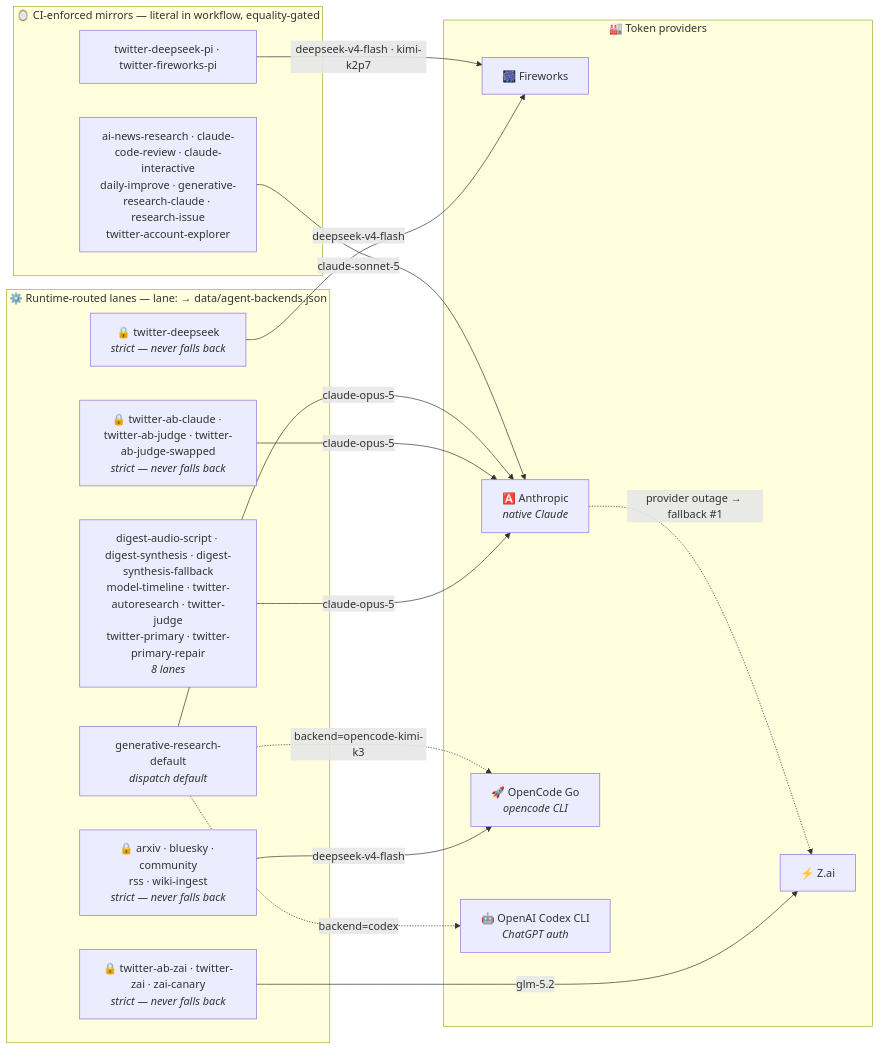
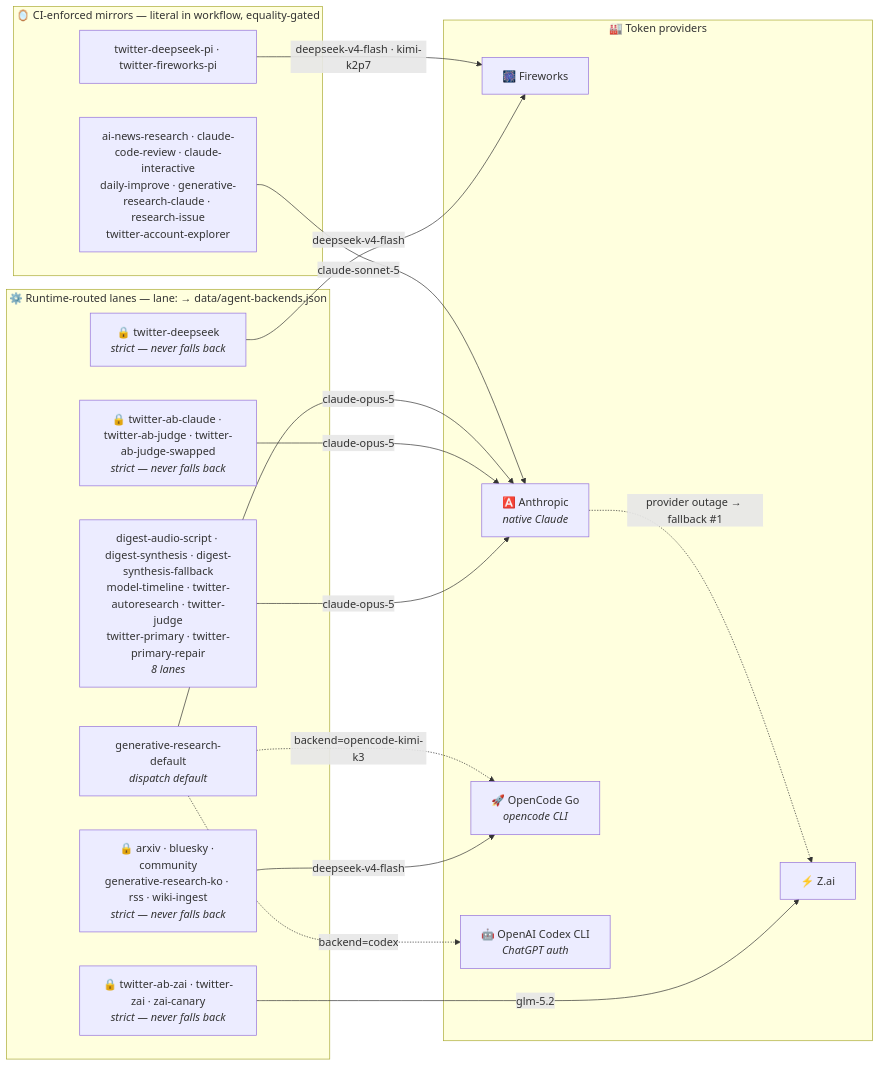
Before and after one commit to guzus/ai-research-arm: the second of 3 diagrams in README.md, drawn with Mermaid. The commit also changed 11 other files, not shown here.

````diff
--- a/README.md
+++ b/README.md
@@ -148,33 +148,33 @@
 ```mermaid
 flowchart LR
     subgraph runtime["⚙️ Runtime-routed lanes — lane: → data/agent-backends.json"]
         lanes0["digest-audio-script · digest-synthesis · digest-synthesis-fallback<br/>model-timeline · twitter-autoresearch · twitter-judge<br/>twitter-primary · twitter-primary-repair<br/><i>8 lanes</i>"]
         strict0["🔒 twitter-ab-claude · twitter-ab-judge · twitter-ab-judge-swapped<br/><i>strict — never falls back</i>"]
         strict1["🔒 twitter-deepseek<br/><i>strict — never falls back</i>"]
-        strict2["🔒 arxiv · bluesky · community<br/>rss · wiki-ingest<br/><i>strict — never falls back</i>"]
+        strict2["🔒 arxiv · bluesky · community<br/>generative-research-ko · rss · wiki-ingest<br/><i>strict — never falls back</i>"]
         strict3["🔒 twitter-ab-zai · twitter-zai · zai-canary<br/><i>strict — never falls back</i>"]
         gendef["generative-research-default<br/><i>dispatch default</i>"]
     end
     subgraph mirrors["🪞 CI-enforced mirrors — literal in workflow, equality-gated"]
         pi["twitter-deepseek-pi · twitter-fireworks-pi"]
         native["ai-news-research · claude-code-review · claude-interactive<br/>daily-improve · generative-research-claude · research-issue<br/>twitter-account-explorer"]
     end
     subgraph providers["🏭 Token providers"]
         FW["🎆 Fireworks"]
         ZAI["⚡ Z.ai"]
         ANT["🅰️ Anthropic<br/><i>native Claude</i>"]
         OC["🚀 OpenCode Go<br/><i>opencode CLI</i>"]
         OAI["🤖 OpenAI Codex CLI<br/><i>ChatGPT auth</i>"]
     end
     lanes0 -->|"claude-opus-5"| ANT
     strict0 -->|"claude-opus-5"| ANT
     strict1 -->|"deepseek-v4-flash"| FW
     strict2 -->|"deepseek-v4-flash"| OC
     strict3 -->|"glm-5.2"| ZAI
     gendef -->|"claude-opus-5"| ANT
     pi -->|"deepseek-v4-flash · kimi-k2p7"| FW
     native -->|"claude-sonnet-5"| ANT
     gendef -.->|"backend=codex"| OAI
     gendef -.->|"backend=opencode-kimi-k3"| OC
     ANT -. "provider outage → fallback #1" .-> ZAI
 ```
````
